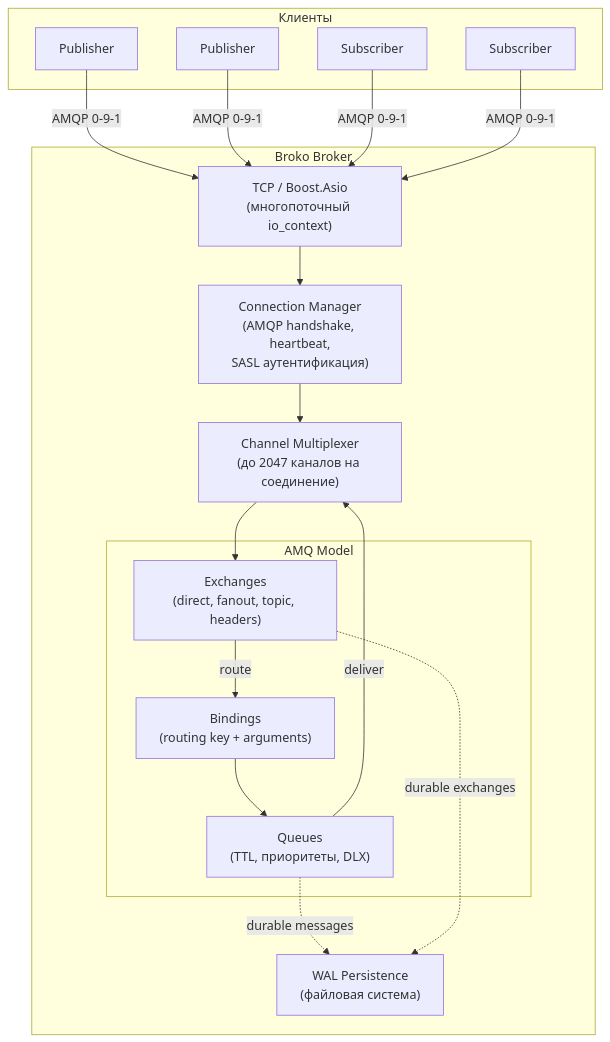
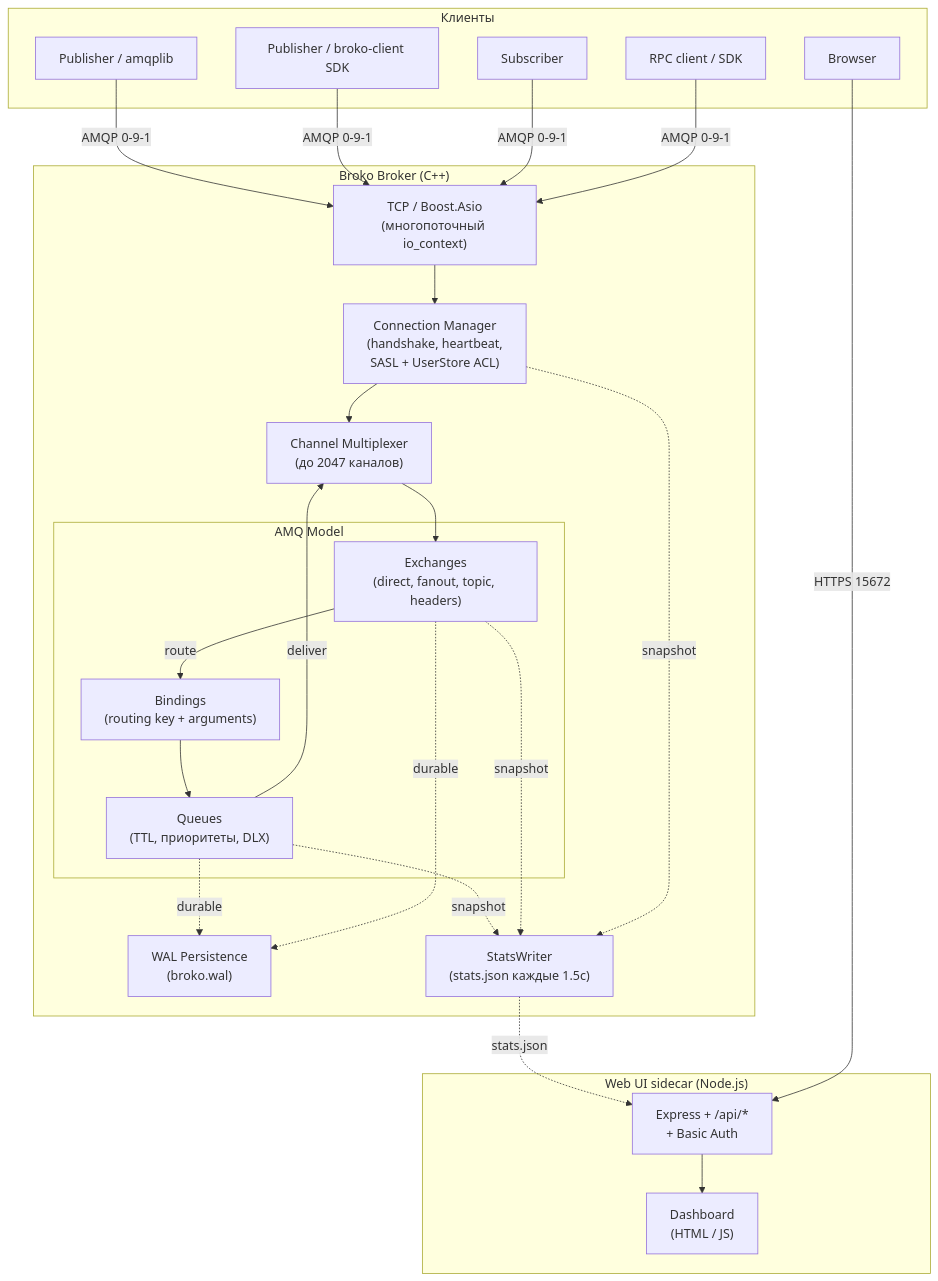
The diagram in README.md (BanderoLio/ganshin-mq), drawn with Mermaid before and after one commit. The commit also changed other lines of this file and 35 other files, not shown here.

````diff
--- a/README.md
+++ b/README.md
@@ -16,33 +30,44 @@
 ```mermaid
 graph TB
     subgraph Клиенты
-        P1[Publisher]
-        P2[Publisher]
+        P1[Publisher / amqplib]
+        P2[Publisher / broko-client SDK]
         S1[Subscriber]
-        S2[Subscriber]
+        R1[RPC client / SDK]
+        B[Browser]
     end
 
-    subgraph "Broko Broker"
+    subgraph "Broko Broker (C++)"
         NET["TCP / Boost.Asio<br/>(многопоточный io_context)"]
-        CONN["Connection Manager<br/>(AMQP handshake, heartbeat,<br/>SASL аутентификация)"]
-        CH["Channel Multiplexer<br/>(до 2047 каналов на соединение)"]
+        CONN["Connection Manager<br/>(handshake, heartbeat,<br/>SASL + UserStore ACL)"]
+        CH["Channel Multiplexer<br/>(до 2047 каналов)"]
 
         subgraph "AMQ Model"
             EX["Exchanges<br/>(direct, fanout, topic, headers)"]
             Q["Queues<br/>(TTL, приоритеты, DLX)"]
             BIND["Bindings<br/>(routing key + arguments)"]
         end
 
-        WAL["WAL Persistence<br/>(файловая система)"]
+        WAL["WAL Persistence<br/>(broko.wal)"]
+        STATS["StatsWriter<br/>(stats.json каждые 1.5с)"]
+    end
+
+    subgraph "Web UI sidecar (Node.js)"
+        EX_API["Express + /api/*<br/>+ Basic Auth"]
+        UI["Dashboard<br/>(HTML / JS)"]
     end
 
     P1 & P2 -->|AMQP 0-9-1| NET
-    S1 & S2 -->|AMQP 0-9-1| NET
+    S1 & R1 -->|AMQP 0-9-1| NET
     NET --> CONN --> CH
     CH --> EX
     EX -->|route| BIND
     BIND --> Q
     Q -->|deliver| CH
-    Q -.->|durable messages| WAL
-    EX -.->|durable exchanges| WAL
+    Q -.->|durable| WAL
+    EX -.->|durable| WAL
+    Q & EX & CONN -.->|snapshot| STATS
+    STATS -.->|stats.json| EX_API
+    EX_API --> UI
+    B -->|HTTPS 15672| EX_API
 ```
````
